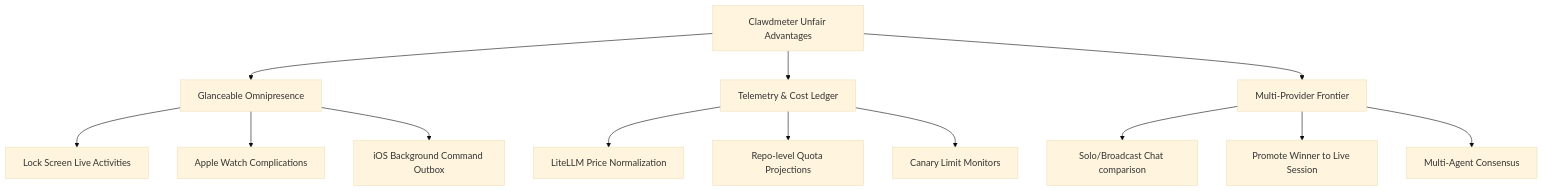
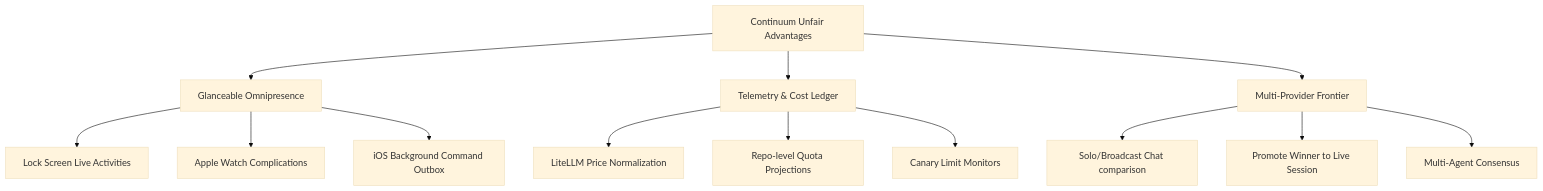
One commit to darshanbathija/Continuum changed the diagram in docs/competitive_analysis.md. Above: the diagram before and after it, drawn with Mermaid (base theme). The commit also changed other lines of this file and 37 other files, not shown here.

````diff
--- a/docs/competitive_analysis.md
+++ b/docs/competitive_analysis.md
@@ -99,18 +99,18 @@
 ```mermaid
 graph TD
-    A[Clawdmeter Unfair Advantages] --> B[Glanceable Omnipresence]
+    A[Continuum Unfair Advantages] --> B[Glanceable Omnipresence]
     A --> C[Telemetry & Cost Ledger]
     A --> D[Multi-Provider Frontier]
     
     B --> B1[Lock Screen Live Activities]
     B --> B2[Apple Watch Complications]
     B --> B3[iOS Background Command Outbox]
     
     C --> C1[LiteLLM Price Normalization]
     C --> C2[Repo-level Quota Projections]
     C --> C3[Canary Limit Monitors]
     
     D --> D1[Solo/Broadcast Chat comparison]
     D --> D2[Promote Winner to Live Session]
     D --> D3[Multi-Agent Consensus]
 ```
````
